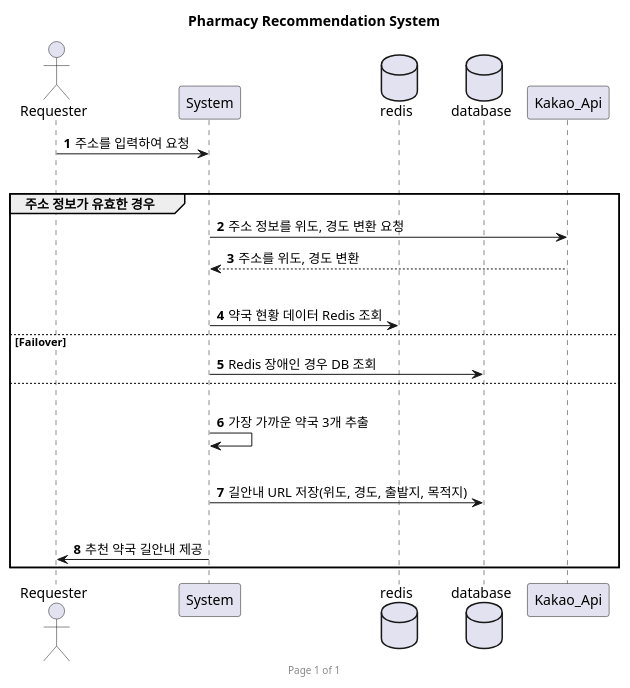
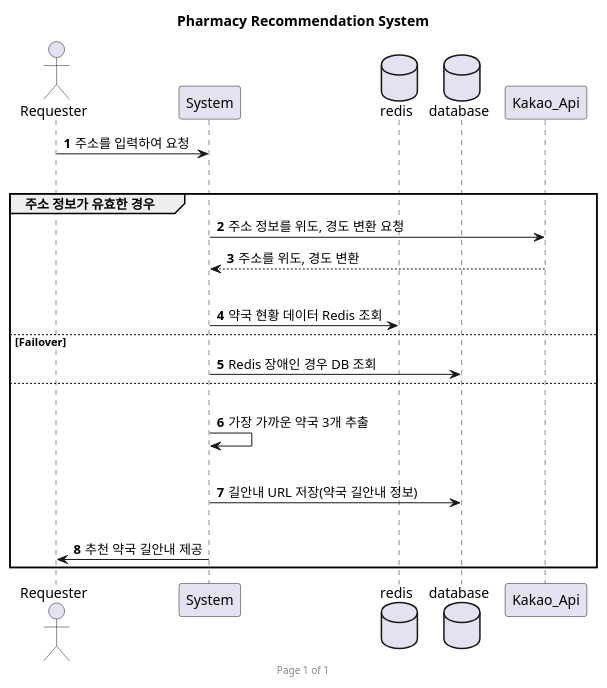
The diagram in src/main/resources/static/plantUML/PharmacyRecommendation.puml (WonYong-Jang/Pharmacy-Recommendation), drawn with PlantUML before and after one commit. The commit also changed 9 other files, not shown here.

```diff
--- a/src/main/resources/static/plantUML/PharmacyRecommendation.puml
+++ b/src/main/resources/static/plantUML/PharmacyRecommendation.puml
@@ -1,37 +1,37 @@
 @startuml
 'https://plantuml.com/sequence-diagram
 
 autonumber
 
 actor Requester
 
 participant System
 database redis
 database database
 participant Kakao_Api
 
 title Pharmacy Recommendation System
 footer Page %page% of %lastpage%
 
 skinparam responseMessageBelowArrow true
 
 Requester -> System: 주소를 입력하여 요청
 
 |||
 group 주소 정보가 유효한 경우
     System -> Kakao_Api: 주소 정보를 위도, 경도 변환 요청
     Kakao_Api --> System: 주소를 위도, 경도 변환
 |||
     System -> redis: 약국 현황 데이터 Redis 조회
     else Failover
         System -> database: Redis 장애인 경우 DB 조회
     else
 |||
     System -> System: 가장 가까운 약국 3개 추출
 |||
-    System -> database: 길안내 URL 저장(위도, 경도, 출발지, 목적지)
+    System -> database: 길안내 URL 저장(약국 길안내 정보)
 |||
     System -> Requester: 추천 약국 길안내 제공
 end
 
 @enduml
```
